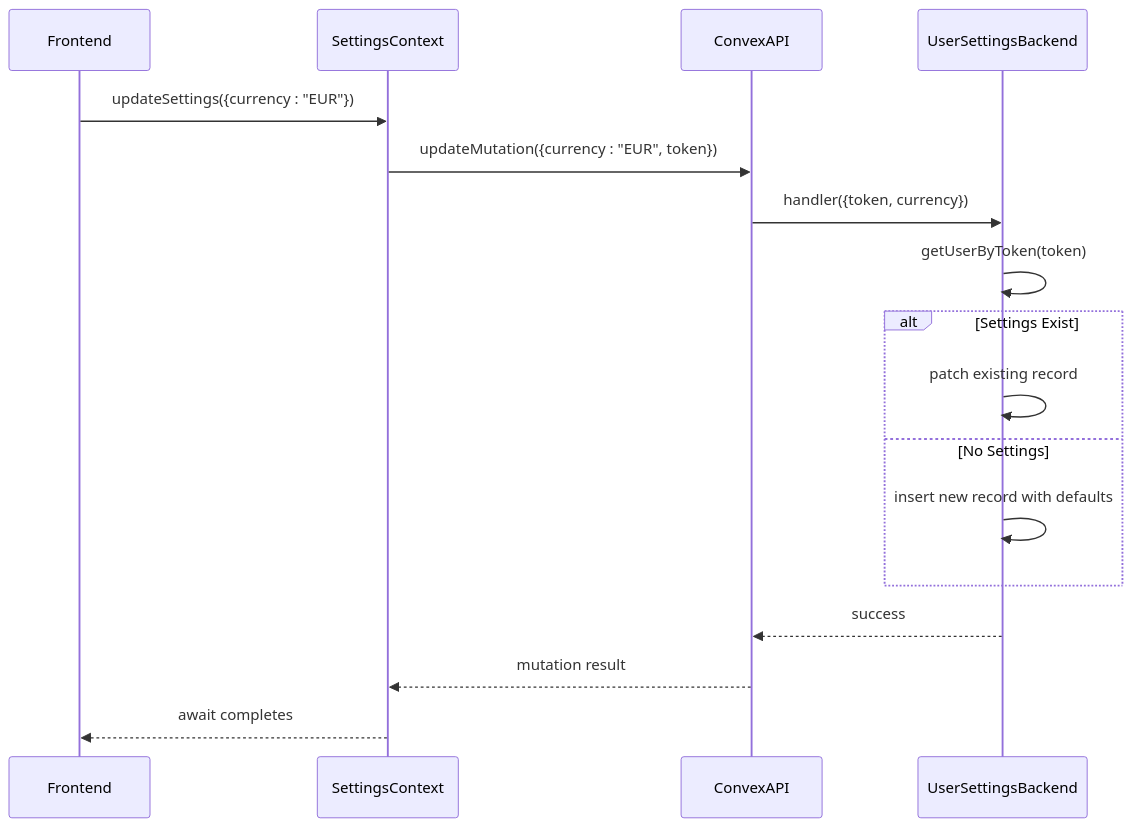
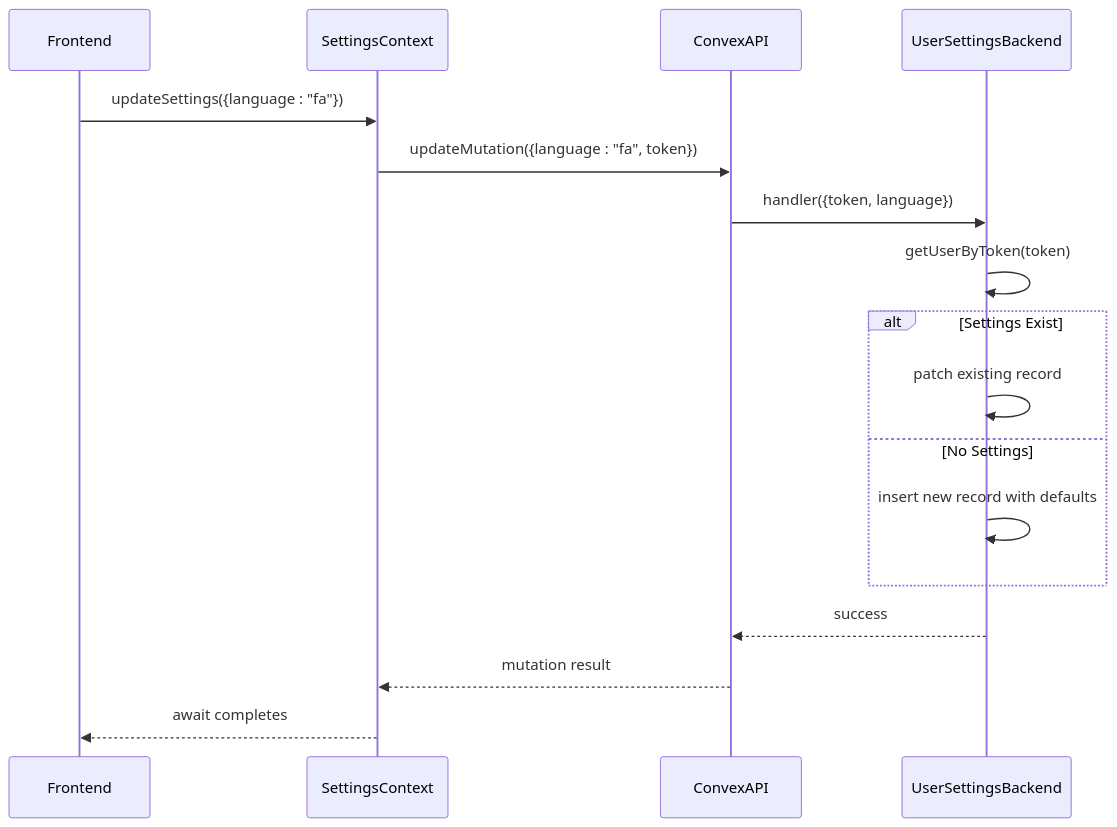
The second of 4 diagrams in .qoder/repowiki/en/content/Feature-Specific Documentation/Settings Management.md (amiirbazzii/Expense-Tracker---Warp), drawn with Mermaid before and after one commit. The commit also changed other lines of this file and 16 other files, not shown here.

````diff
--- a/.qoder/repowiki/en/content/Feature-Specific Documentation/Settings Management.md
+++ b/.qoder/repowiki/en/content/Feature-Specific Documentation/Settings Management.md
@@ -81,19 +92,19 @@
 ```mermaid
 sequenceDiagram
 participant Frontend
 participant SettingsContext
 participant ConvexAPI
 participant UserSettingsBackend
-Frontend->>SettingsContext : updateSettings({currency : "EUR"})
-SettingsContext->>ConvexAPI : updateMutation({currency : "EUR", token})
-ConvexAPI->>UserSettingsBackend : handler({token, currency})
+Frontend->>SettingsContext : updateSettings({language : "fa"})
+SettingsContext->>ConvexAPI : updateMutation({language : "fa", token})
+ConvexAPI->>UserSettingsBackend : handler({token, language})
 UserSettingsBackend->>UserSettingsBackend : getUserByToken(token)
 alt Settings Exist
 UserSettingsBackend->>UserSettingsBackend : patch existing record
 else No Settings
 UserSettingsBackend->>UserSettingsBackend : insert new record with defaults
 end
 UserSettingsBackend-->>ConvexAPI : success
 ConvexAPI-->>SettingsContext : mutation result
 SettingsContext-->>Frontend : await completes
 ```
````
